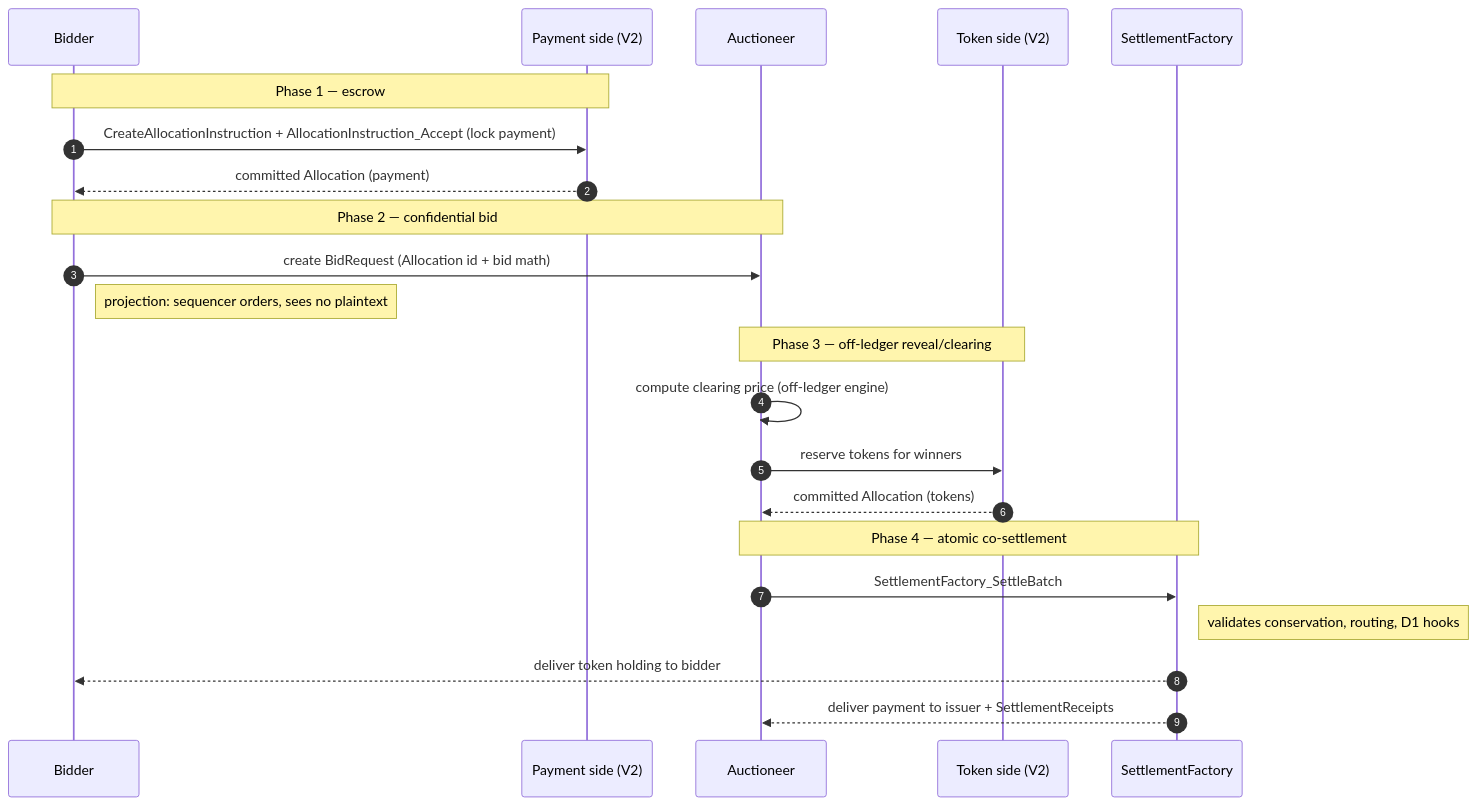
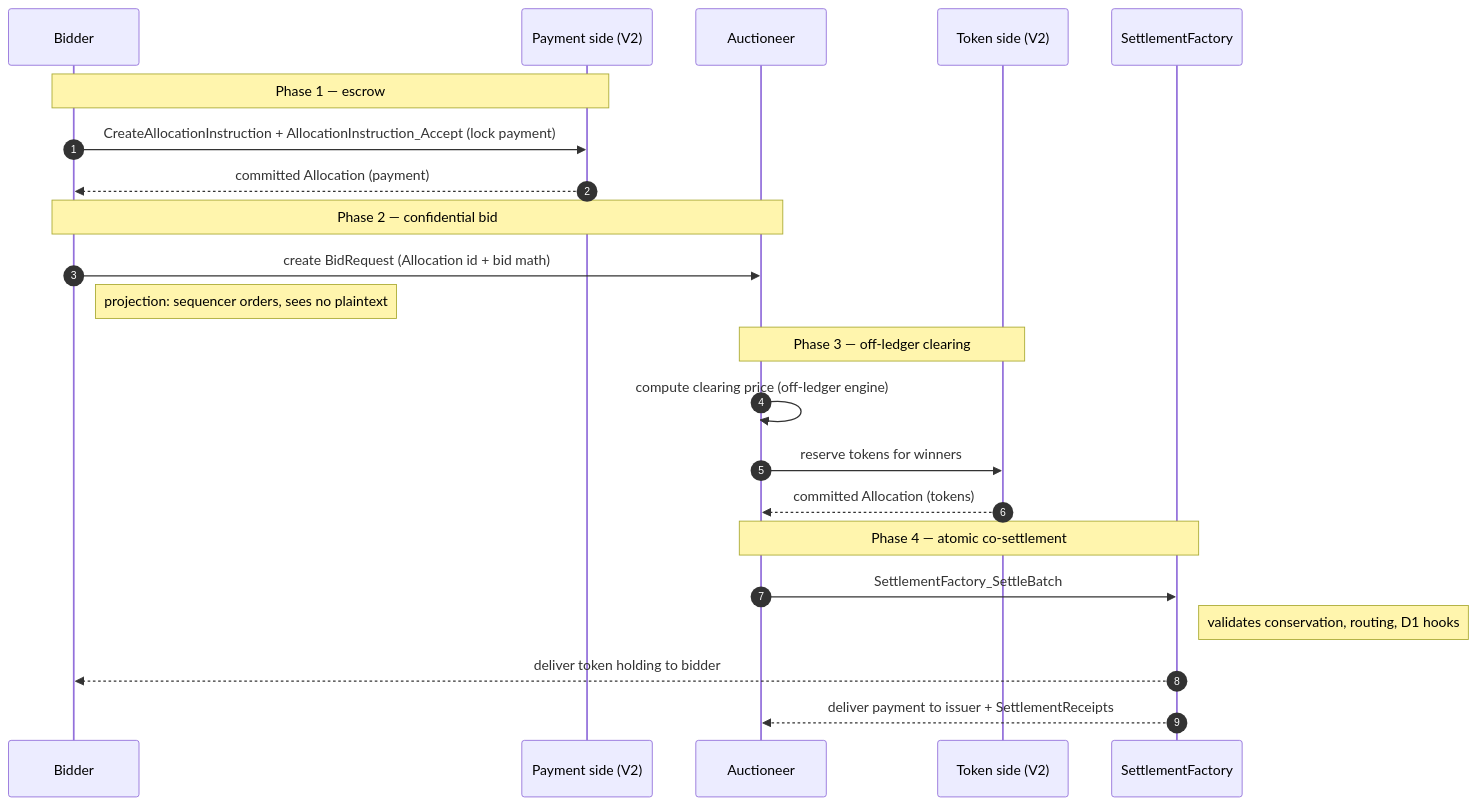
One commit to OpenZeppelin/canton-specs changed the second of 2 diagrams in docs/ri-reports/04-confidential-auction.md. Above: the diagram before and after it, drawn with Mermaid. The commit also changed other lines of this file, not shown here.

Commit message:
docs(ri-04): sweep residual commit-reveal conflations — no reveal round in the core flow

````diff
--- a/docs/ri-reports/04-confidential-auction.md
+++ b/docs/ri-reports/04-confidential-auction.md
@@ -596,25 +596,25 @@
 ```mermaid
 sequenceDiagram
     autonumber
     participant B as Bidder
     participant PR as Payment side (V2)
     participant A as Auctioneer
     participant TR as Token side (V2)
     participant SF as SettlementFactory
 
     Note over B,PR: Phase 1 — escrow
     B->>PR: CreateAllocationInstruction + AllocationInstruction_Accept (lock payment)
     PR-->>B: committed Allocation (payment)
     Note over B,A: Phase 2 — confidential bid
     B->>A: create BidRequest (Allocation id + bid math)
     Note right of B: projection: sequencer orders, sees no plaintext
-    Note over A,TR: Phase 3 — off-ledger reveal/clearing
+    Note over A,TR: Phase 3 — off-ledger clearing
     A->>A: compute clearing price (off-ledger engine)
     A->>TR: reserve tokens for winners
     TR-->>A: committed Allocation (tokens)
     Note over A,SF: Phase 4 — atomic co-settlement
     A->>SF: SettlementFactory_SettleBatch
     Note right of SF: validates conservation, routing, D1 hooks
     SF-->>B: deliver token holding to bidder
     SF-->>A: deliver payment to issuer + SettlementReceipts
 ```
````
